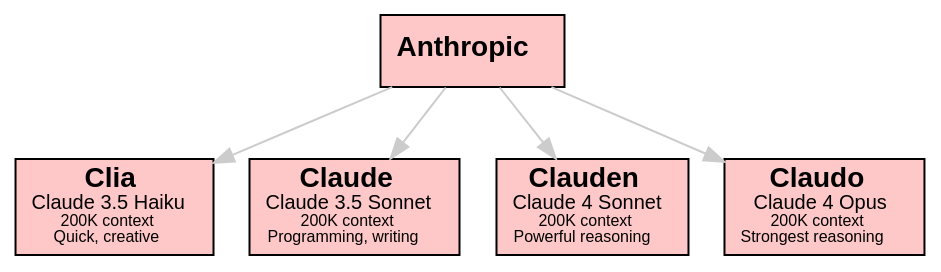
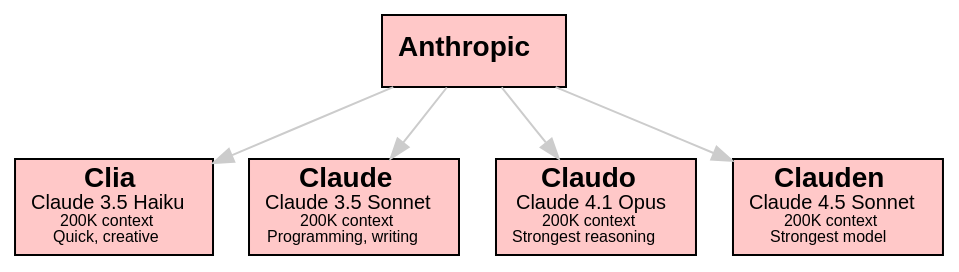
The sixth of 13 diagrams in doc/guide.md (sswam/allemande), drawn with Graphviz before and after one commit. The commit also changed other lines of this file and 1 other file, not shown here.

First line of the commit message:
feat(llm): switch Sonnet to 4.5; docs reflect 4.5/4.1

````diff
--- a/doc/guide.md
+++ b/doc/guide.md
@@ -472,18 +472,18 @@
 ```dot
 digraph Anthropic {
     graph [bgcolor=transparent]
     edge [color="#CCCCCC"]
     node [shape=box, style=filled, fillcolor="#FFC8C8", fontname="Helvetica"]
 
     "Anthropic" [label=<<b>Anthropic</b>>]
     "Clia" [label=<<b>Clia</b><br/><font point-size="10">Claude 3.5 Haiku</font><br/><font point-size="8">200K context</font><br/><font point-size="8">Quick, creative</font>>]
     "Claude" [label=<<b>Claude</b><br/><font point-size="10">Claude 3.5 Sonnet</font><br/><font point-size="8">200K context</font><br/><font point-size="8">Programming, writing</font>>]
-    "Clauden" [label=<<b>Clauden</b><br/><font point-size="10">Claude 4 Sonnet</font><br/><font point-size="8">200K context</font><br/><font point-size="8">Powerful reasoning</font>>]
-    "Claudo" [label=<<b>Claudo</b><br/><font point-size="10">Claude 4 Opus</font><br/><font point-size="8">200K context</font><br/><font point-size="8">Strongest reasoning</font>>]
+    "Claudo" [label=<<b>Claudo</b><br/><font point-size="10">Claude 4.1 Opus</font><br/><font point-size="8">200K context</font><br/><font point-size="8">Strongest reasoning</font>>]
+    "Clauden" [label=<<b>Clauden</b><br/><font point-size="10">Claude 4.5 Sonnet</font><br/><font point-size="8">200K context</font><br/><font point-size="8">Strongest model</font>>]
 
     "Anthropic" -> "Clia"
     "Anthropic" -> "Claude"
     "Anthropic" -> "Clauden"
     "Anthropic" -> "Claudo"
 }
 ```
````
